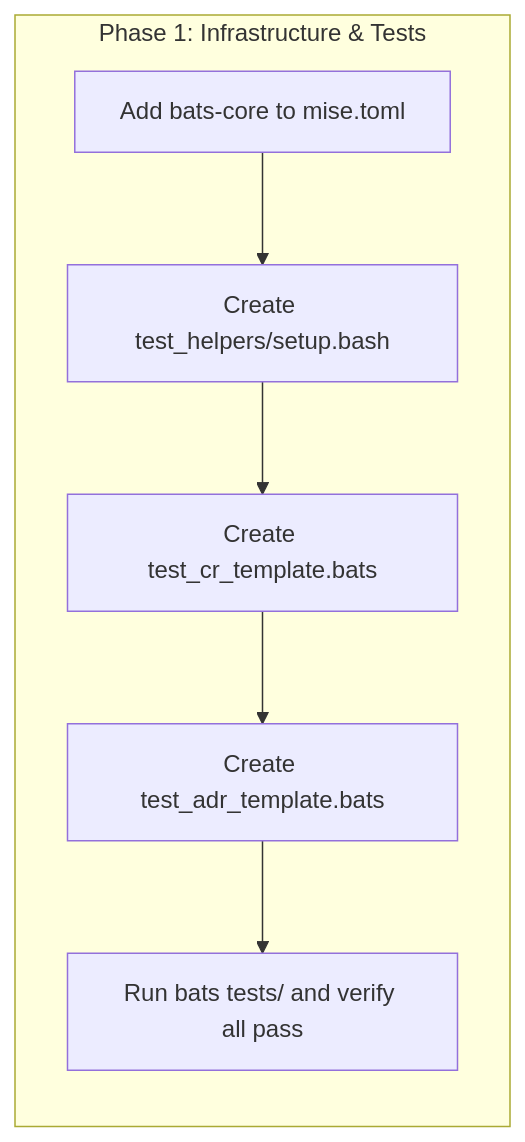
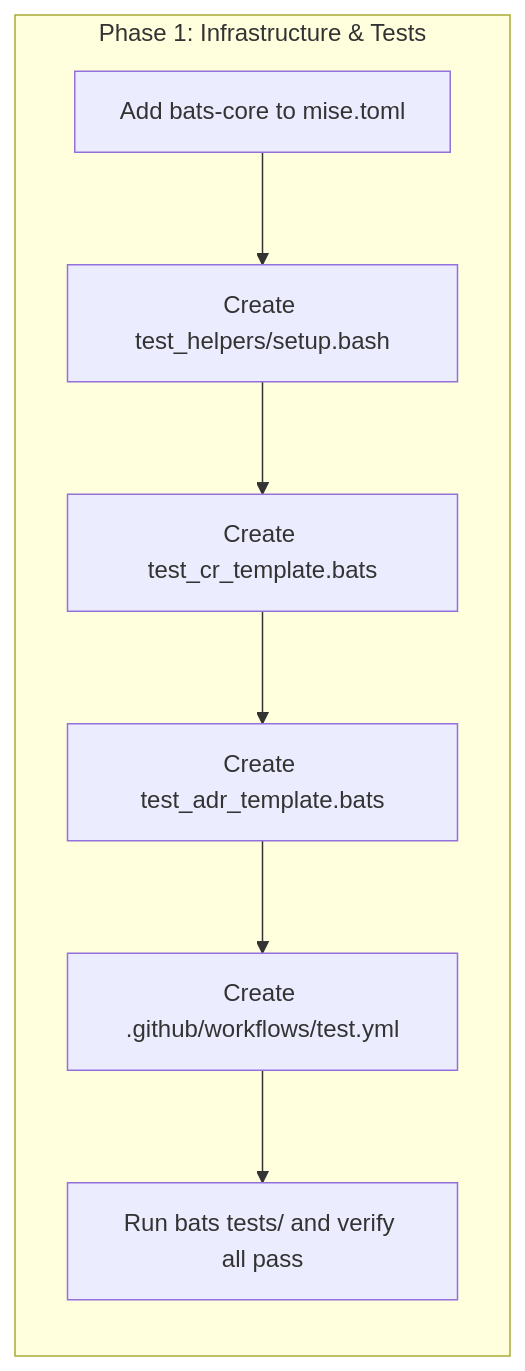
Before and after one commit to desek/governance: the third of 3 diagrams in docs/cr/CR-0013-bats-test-infrastructure.md, drawn with Mermaid. The commit also changed other lines of this file, not shown here.

````diff
--- a/docs/cr/CR-0013-bats-test-infrastructure.md
+++ b/docs/cr/CR-0013-bats-test-infrastructure.md
@@ -165,9 +170,10 @@
 ```mermaid
 flowchart LR
     subgraph Phase1["Phase 1: Infrastructure & Tests"]
         A1[Add bats-core to mise.toml] --> A2[Create test_helpers/setup.bash]
         A2 --> A3[Create test_cr_template.bats]
         A3 --> A4[Create test_adr_template.bats]
-        A4 --> A5[Run bats tests/ and verify all pass]
+        A4 --> A5[Create .github/workflows/test.yml]
+        A5 --> A6[Run bats tests/ and verify all pass]
     end
 ```
````
